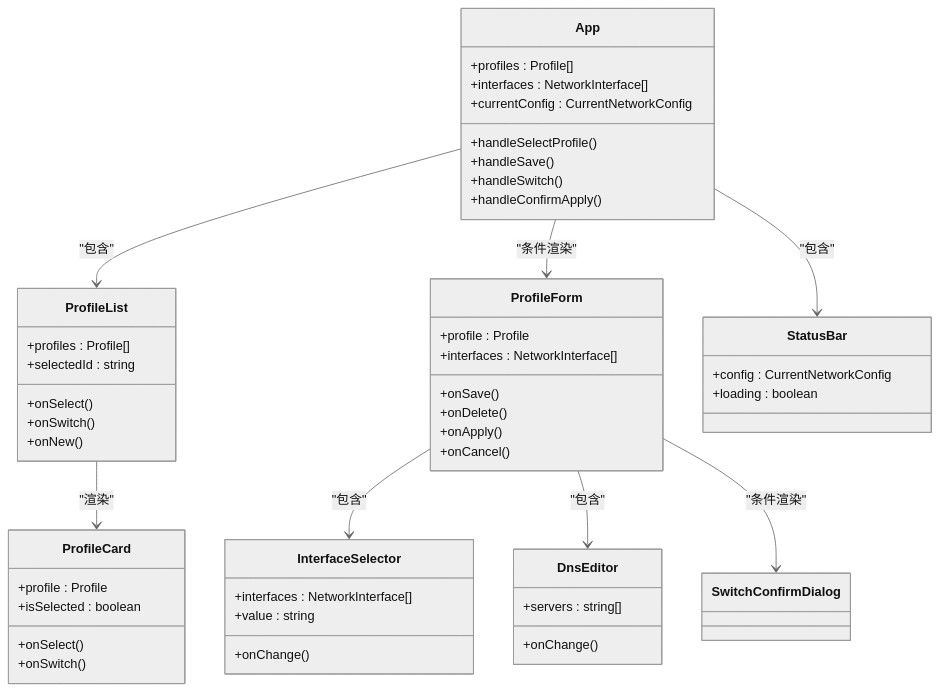
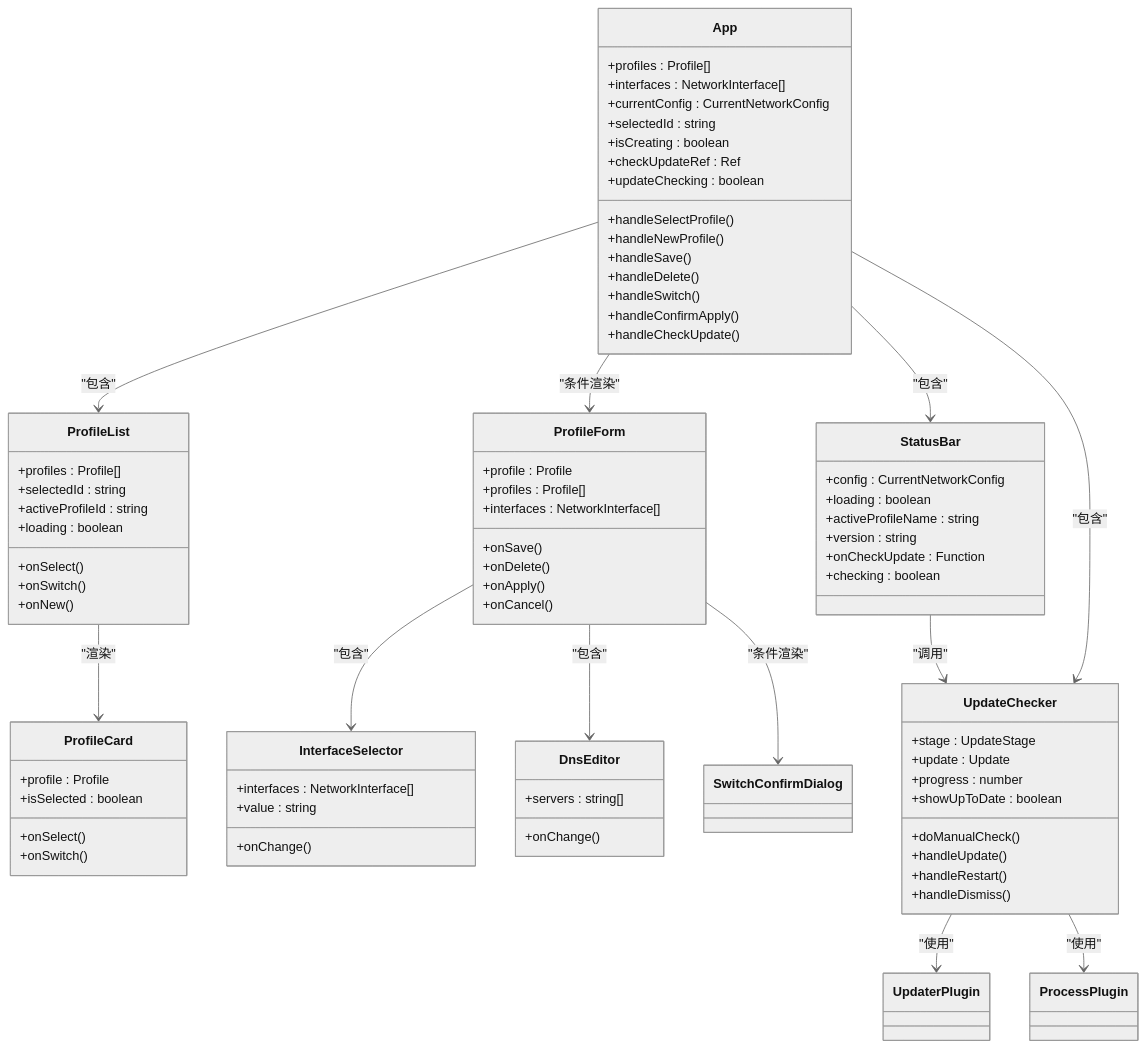
One commit to xdongliang/IPSwitcher changed the second of 19 diagrams in .qoder/repowiki/zh/content/前端开发指南/React组件架构.md. Above: the diagram before and after it, drawn with Mermaid (neutral theme). The commit also changed other lines of this file and 7 other files, not shown here.

````diff
--- a/.qoder/repowiki/zh/content/前端开发指南/React组件架构.md
+++ b/.qoder/repowiki/zh/content/前端开发指南/React组件架构.md
@@ -118,53 +137,81 @@
 ```mermaid
 classDiagram
 class App {
 +profiles : Profile[]
 +interfaces : NetworkInterface[]
 +currentConfig : CurrentNetworkConfig
++selectedId : string
++isCreating : boolean
++checkUpdateRef : Ref
++updateChecking : boolean
 +handleSelectProfile()
++handleNewProfile()
 +handleSave()
++handleDelete()
 +handleSwitch()
 +handleConfirmApply()
++handleCheckUpdate()
 }
 class ProfileList {
 +profiles : Profile[]
 +selectedId : string
++activeProfileId : string
++loading : boolean
 +onSelect()
 +onSwitch()
 +onNew()
 }
 class ProfileForm {
 +profile : Profile
++profiles : Profile[]
 +interfaces : NetworkInterface[]
 +onSave()
 +onDelete()
 +onApply()
 +onCancel()
 }
 class ProfileCard {
 +profile : Profile
 +isSelected : boolean
 +onSelect()
 +onSwitch()
 }
 class InterfaceSelector {
 +interfaces : NetworkInterface[]
 +value : string
 +onChange()
 }
 class DnsEditor {
 +servers : string[]
 +onChange()
 }
 class StatusBar {
 +config : CurrentNetworkConfig
 +loading : boolean
++activeProfileName : string
++version : string
++onCheckUpdate : Function
++checking : boolean
+}
+class UpdateChecker {
++stage : UpdateStage
++update : Update
++progress : number
++showUpToDate : boolean
++doManualCheck()
++handleUpdate()
++handleRestart()
++handleDismiss()
 }
 App --> ProfileList : "包含"
 App --> ProfileForm : "条件渲染"
 App --> StatusBar : "包含"
+App --> UpdateChecker : "包含"
 ProfileList --> ProfileCard : "渲染"
 ProfileForm --> InterfaceSelector : "包含"
 ProfileForm --> DnsEditor : "包含"
 ProfileForm --> SwitchConfirmDialog : "条件渲染"
+StatusBar --> UpdateChecker : "调用"
+UpdateChecker --> UpdaterPlugin : "使用"
+UpdateChecker --> ProcessPlugin : "使用"
 ```
````
